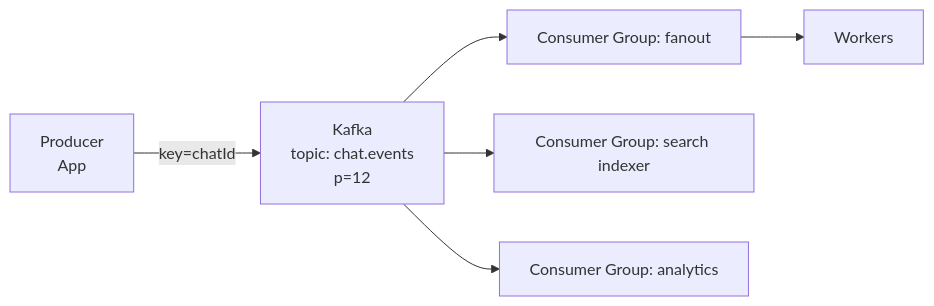
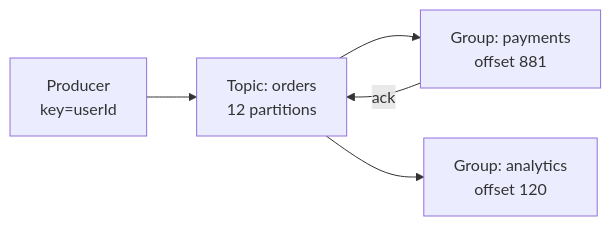
Before and after one commit to rakshitagarwal/champ-dsa: the diagram in content/system-design/kafka.md, drawn with Mermaid. The commit also changed other lines of this file and 100 other files, not shown here.

````diff
--- a/content/system-design/kafka.md
+++ b/content/system-design/kafka.md
@@ -31,8 +20,7 @@
 ```mermaid
 graph LR
-    A[Producer<br/>App] -->|key=chatId| B[Kafka<br/>topic: chat.events<br/>p=12]
-    B --> C[Consumer Group: fanout]
-    B --> D[Consumer Group: search indexer]
-    B --> E[Consumer Group: analytics]
-    C --> F[Workers]
+    A[Producer<br/>key=userId] --> B[Topic: orders<br/>12 partitions]
+    B --> C[Group: payments<br/>offset 881]
+    B --> D[Group: analytics<br/>offset 120]
+    C -->|ack| B
 ```
````
